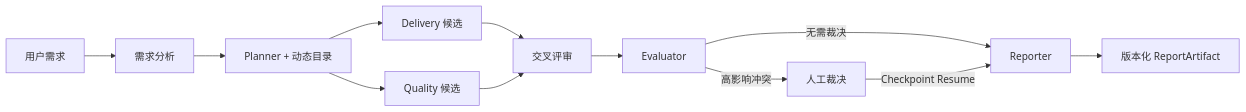
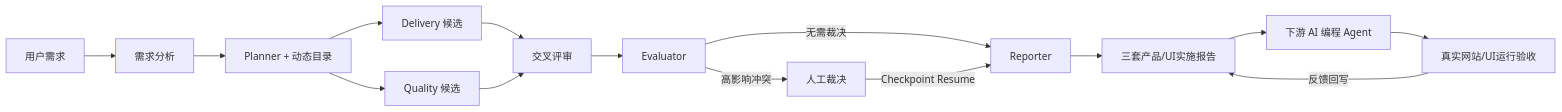
The diagram in README.md (sail0kevin/AgentForge), drawn with Mermaid before and after one commit. The commit also changed other lines of this file and 18 other files, not shown here.

````diff
--- a/README.md
+++ b/README.md
@@ -35,14 +35,17 @@
 ```mermaid
 flowchart LR
     A[用户需求] --> B[需求分析]
     B --> C[Planner + 动态目录]
     C --> D1[Delivery 候选]
     C --> D2[Quality 候选]
     D1 --> E[交叉评审]
     D2 --> E
     E --> F[Evaluator]
     F -->|高影响冲突| G[人工裁决]
     F -->|无需裁决| H[Reporter]
     G -->|Checkpoint Resume| H
-    H --> I[版本化 ReportArtifact]
+    H --> I[三套产品/UI实施报告]
+     I --> J[下游 AI 编程 Agent]
+     J --> K[真实网站/UI运行验收]
+     K -->|反馈回写| I
 ```
````
